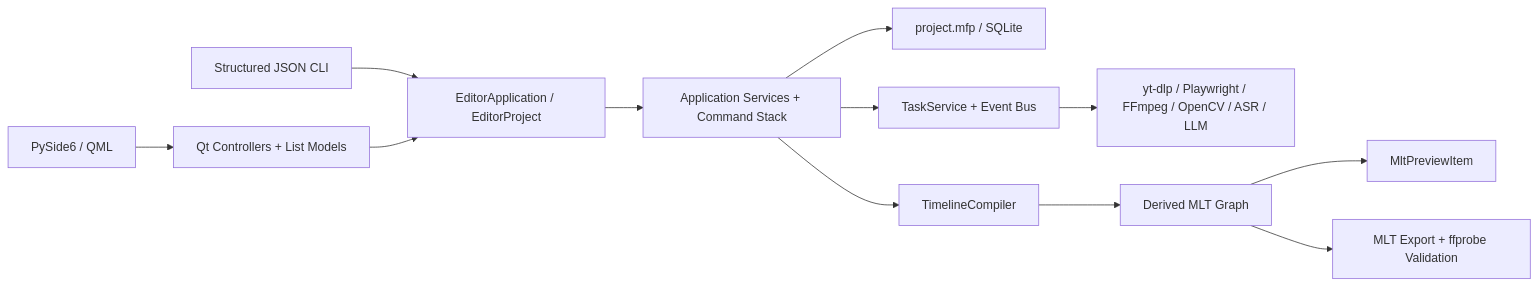
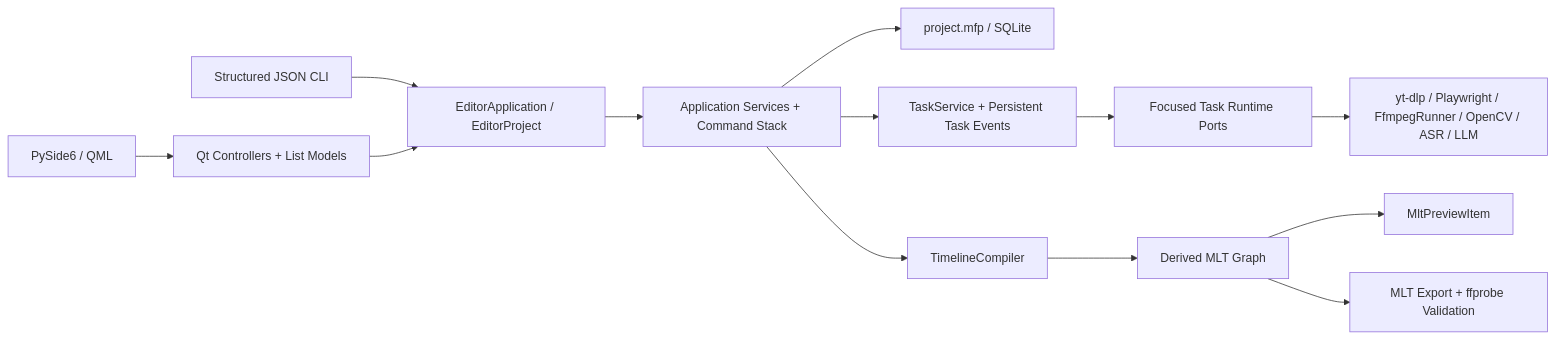
One commit to CheshireMew/MediaFlow-Pro changed the diagram in ARCHITECTURE.md. Above: the diagram before and after it, drawn with Mermaid. The commit also changed other lines of this file and 306 other files, not shown here.

Commit message:
refactor: complete v2 architecture and desktop migration

````diff
--- a/ARCHITECTURE.md
+++ b/ARCHITECTURE.md
@@ -13,14 +13,15 @@
 ```mermaid
 flowchart LR
     QML["PySide6 / QML"] --> CTRL["Qt Controllers + List Models"]
     CLI["Structured JSON CLI"] --> API["EditorApplication / EditorProject"]
     CTRL --> API
     API --> APP["Application Services + Command Stack"]
     APP --> DB["project.mfp / SQLite"]
-    APP --> TASK["TaskService + Event Bus"]
-    TASK --> IO["yt-dlp / Playwright / FFmpeg / OpenCV / ASR / LLM"]
+    APP --> TASK["TaskService + Persistent Task Events"]
+    TASK --> PORT["Focused Task Runtime Ports"]
+    PORT --> IO["yt-dlp / Playwright / FfmpegRunner / OpenCV / ASR / LLM"]
     APP --> COMPILER["TimelineCompiler"]
     COMPILER --> XML["Derived MLT Graph"]
     XML --> PREVIEW["MltPreviewItem"]
     XML --> EXPORT["MLT Export + ffprobe Validation"]
 ```
````
